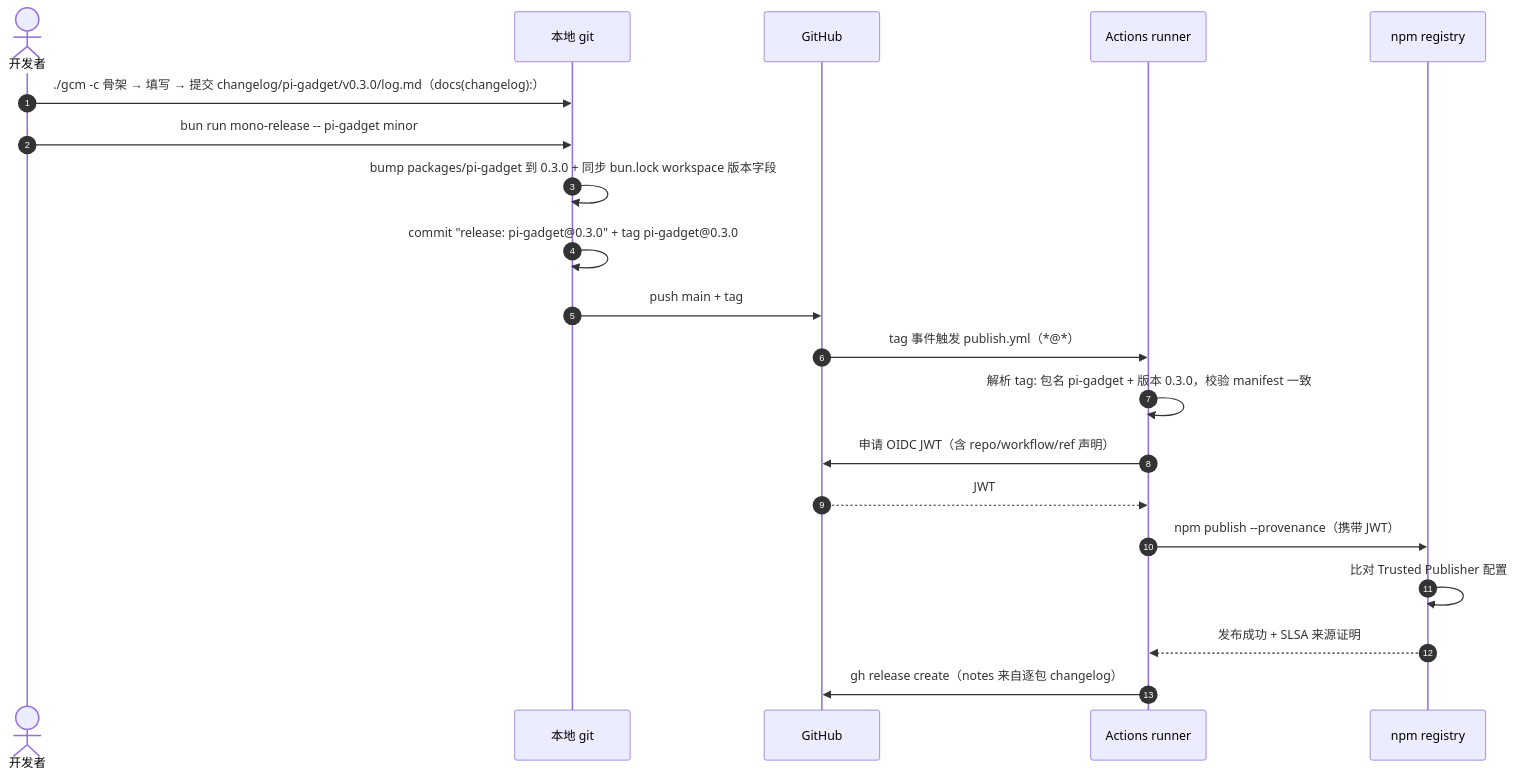
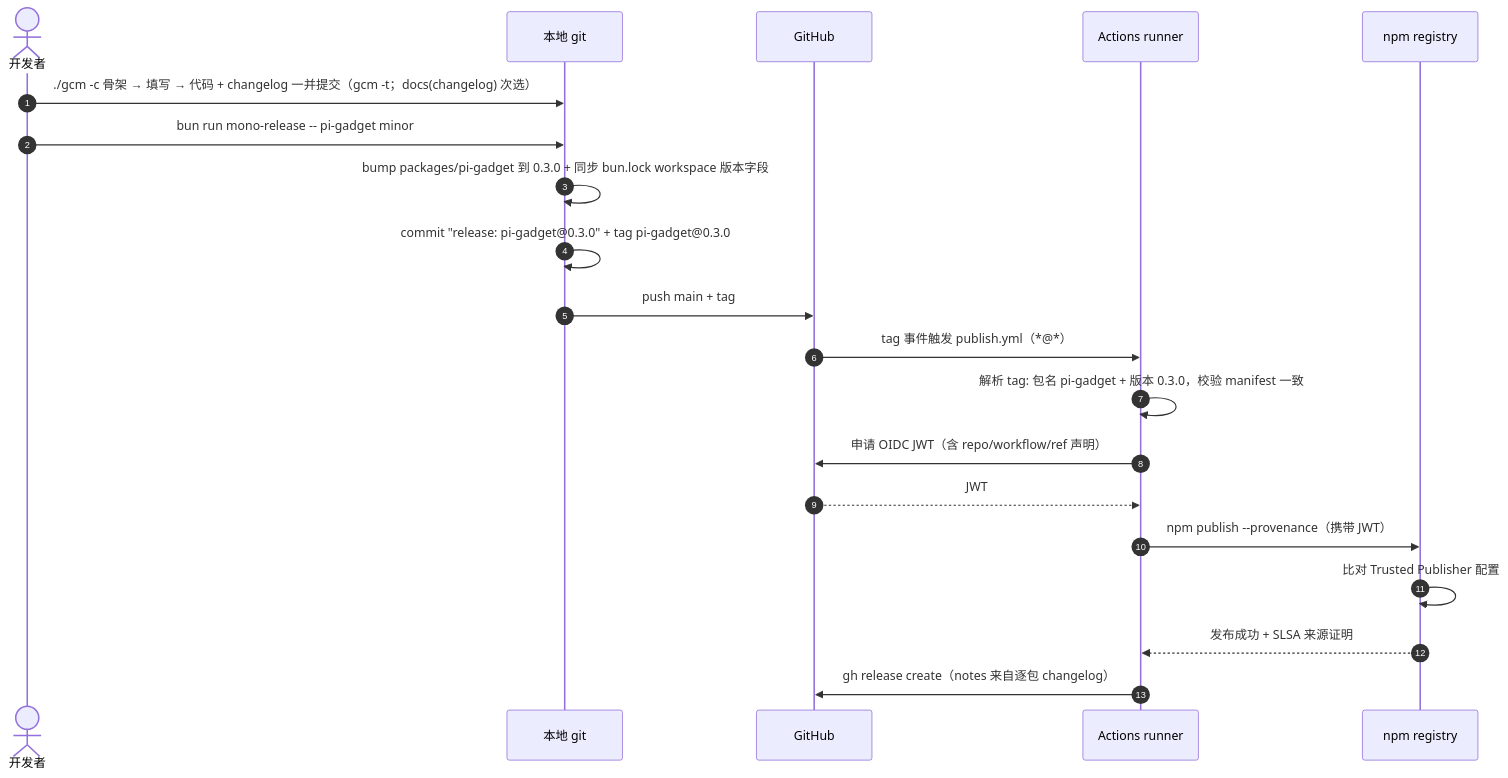
One commit to yceachan/ea-pi-extensions changed the second of 2 diagrams in docs/发行版本控制策略.md. Above: the diagram before and after it, drawn with Mermaid. The commit also changed other lines of this file and 3 other files, not shown here.

````diff
--- a/docs/发行版本控制策略.md
+++ b/docs/发行版本控制策略.md
@@ -137,23 +137,23 @@
 ```mermaid
 sequenceDiagram
   autonumber
   actor Dev as 开发者
   participant Local as 本地 git
   participant GH as GitHub
   participant CI as Actions runner
   participant NPM as npm registry
 
-  Dev->>Local: ./gcm -c 骨架 → 填写 → 提交 changelog/pi-gadget/v0.3.0/log.md（docs(changelog):）
+  Dev->>Local: ./gcm -c 骨架 → 填写 → 代码 + changelog 一并提交（gcm -t；docs(changelog) 次选）
   Dev->>Local: bun run mono-release -- pi-gadget minor
   Local->>Local: bump packages/pi-gadget 到 0.3.0 + 同步 bun.lock workspace 版本字段
   Local->>Local: commit "release: pi-gadget@0.3.0" + tag pi-gadget@0.3.0
   Local->>GH: push main + tag
   GH->>CI: tag 事件触发 publish.yml（*@*）
   CI->>CI: 解析 tag: 包名 pi-gadget + 版本 0.3.0，校验 manifest 一致
   CI->>GH: 申请 OIDC JWT（含 repo/workflow/ref 声明）
   GH-->>CI: JWT
   CI->>NPM: npm publish --provenance（携带 JWT）
   NPM->>NPM: 比对 Trusted Publisher 配置
   NPM-->>CI: 发布成功 + SLSA 来源证明
   CI->>GH: gh release create（notes 来自逐包 changelog）
 ```
````
